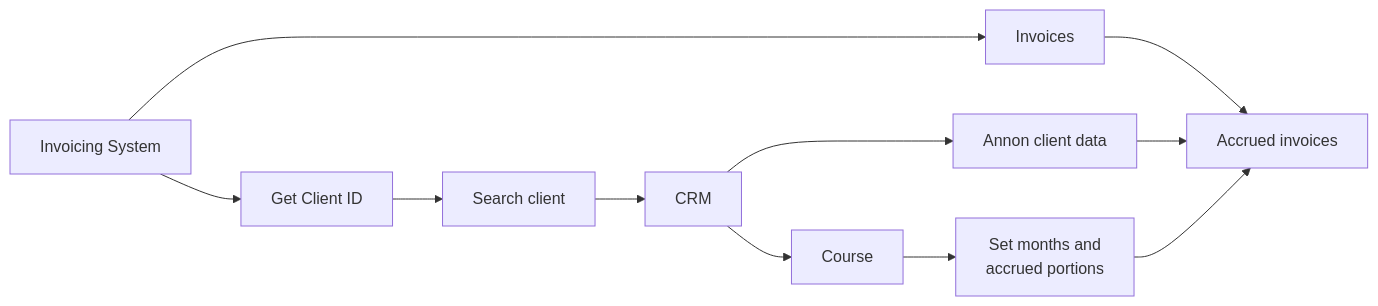
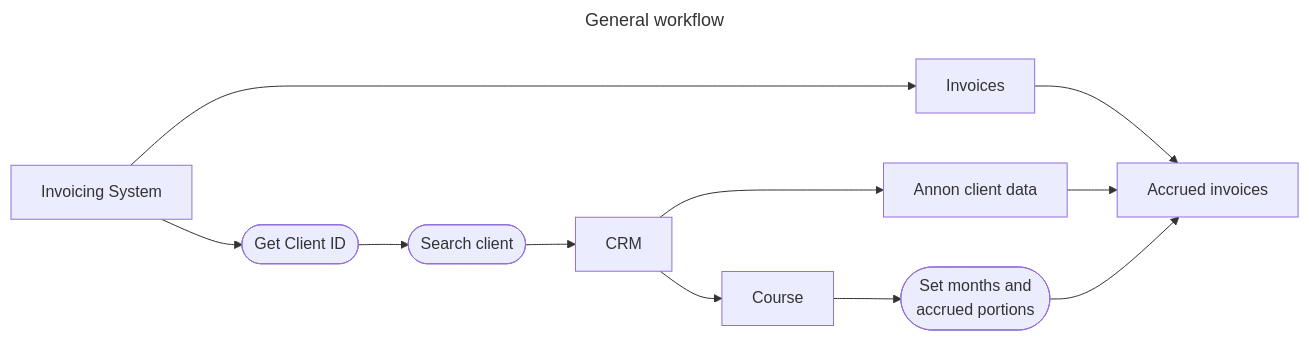
One commit to marcogonzalo/devengo changed the diagram in README.md. Above: the diagram before and after it, drawn with Mermaid. The commit also changed other lines of this file, not shown here.

````diff
--- a/README.md
+++ b/README.md
@@ -34,24 +46,26 @@
 ```mermaid
-
+---
+title: General workflow
+---
 %%{init: {"flowchart": {"htmlLabels": false}} }%%
 flowchart LR;
     external_invoices["Invoicing System"];
-    invoice_client_data["Get Client ID"];
-    search_client["Search client"];
-    accrued_portions["Set months and
-accrued portions"];
+    invoice_client_data(["Get Client ID"]);
+    search_client(["Search client"]);
+    accrued_portions(["Set months and
+accrued portions"]);
     invoices["Invoices"];
     accrued_invoices["Accrued invoices"];
     client["Annon client data"];
 
     external_invoices-->invoice_client_data;
     invoice_client_data-->search_client;
     search_client-->CRM;
     CRM-->client;
     CRM-->Course;
     Course-->accrued_portions;
     external_invoices-->invoices;
     invoices-->accrued_invoices;
     client-->accrued_invoices;
     accrued_portions-->accrued_invoices;
 ```
````
